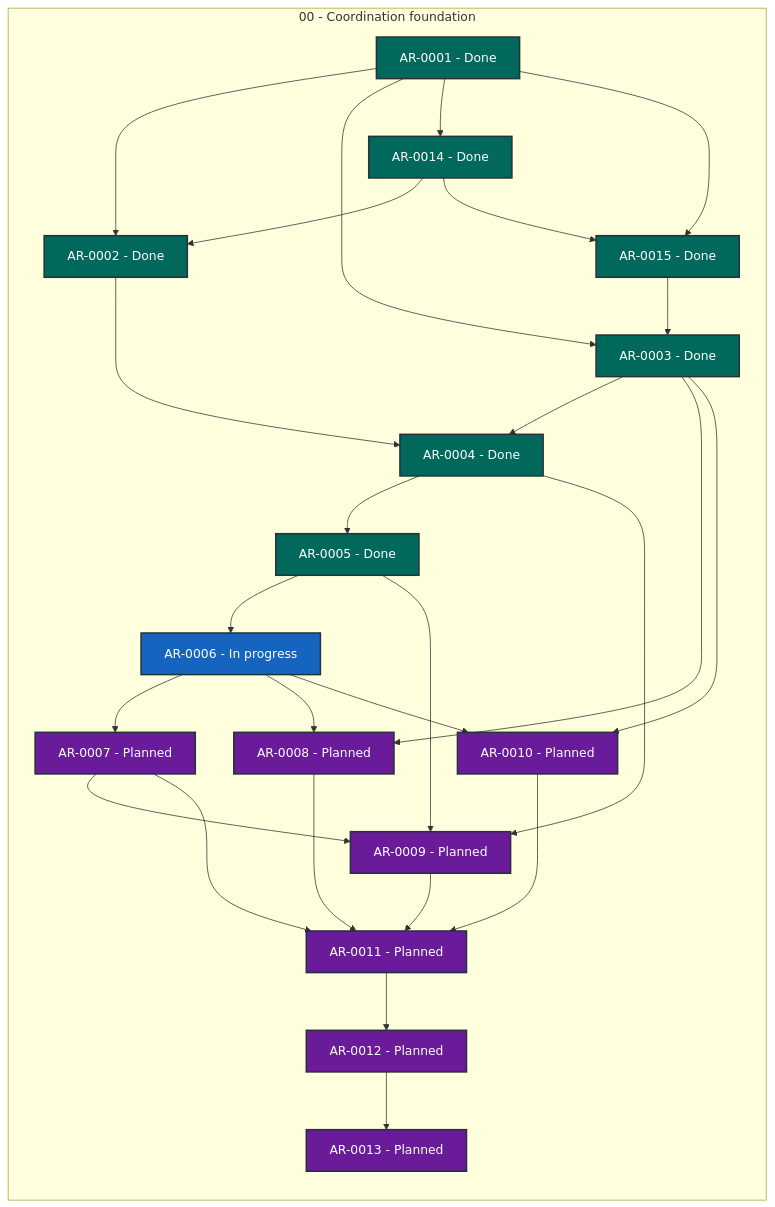
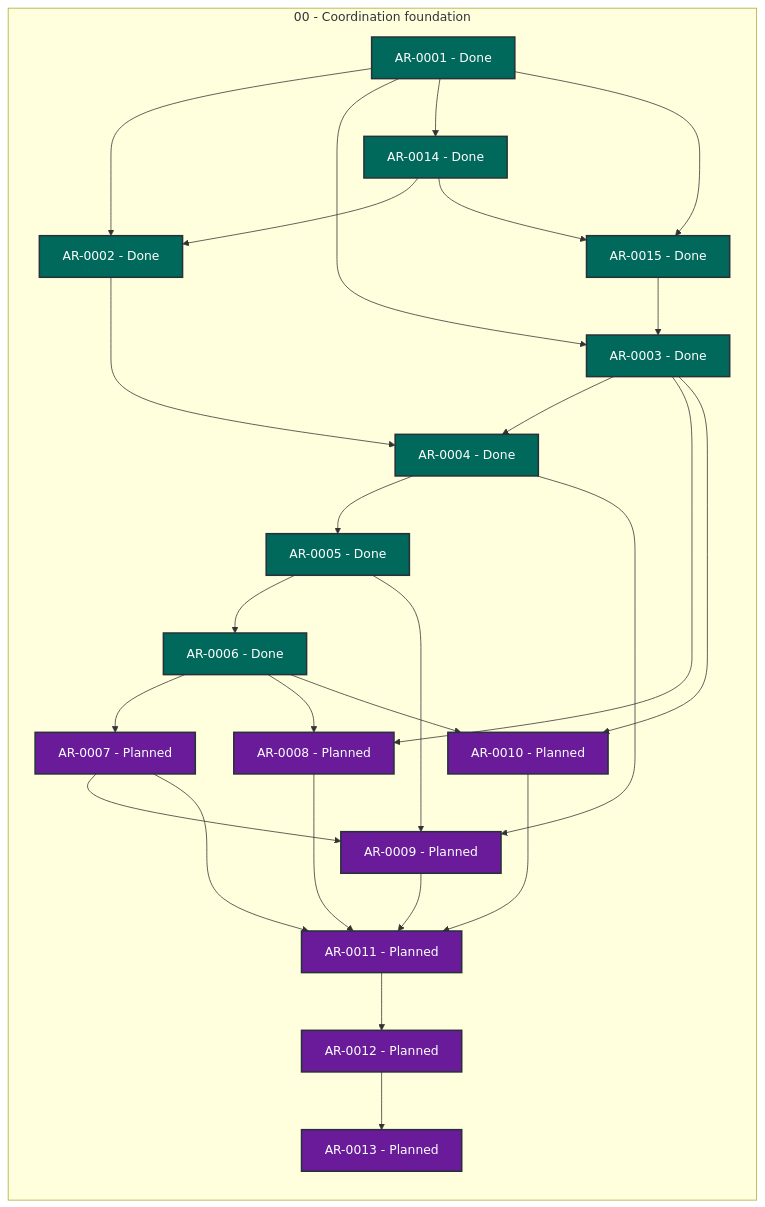
The diagram in STATUS.md (martin-beck/agent-workflow-tui-state), drawn with Mermaid before and after one commit. The commit also changed other lines of this file and 2 other files, not shown here.

````diff
--- a/STATUS.md
+++ b/STATUS.md
@@ -27,54 +27,54 @@
 ```mermaid
 flowchart LR
     subgraph series_00["00 - Coordination foundation"]
         direction TB
         AR_0001["AR-0001 - Done"]:::status_done
         AR_0002["AR-0002 - Done"]:::status_done
         AR_0003["AR-0003 - Done"]:::status_done
         AR_0004["AR-0004 - Done"]:::status_done
         AR_0005["AR-0005 - Done"]:::status_done
-        AR_0006["AR-0006 - In progress"]:::status_in_progress
+        AR_0006["AR-0006 - Done"]:::status_done
         AR_0007["AR-0007 - Planned"]:::status_planned
         AR_0008["AR-0008 - Planned"]:::status_planned
         AR_0009["AR-0009 - Planned"]:::status_planned
         AR_0010["AR-0010 - Planned"]:::status_planned
         AR_0011["AR-0011 - Planned"]:::status_planned
         AR_0012["AR-0012 - Planned"]:::status_planned
         AR_0013["AR-0013 - Planned"]:::status_planned
         AR_0014["AR-0014 - Done"]:::status_done
         AR_0015["AR-0015 - Done"]:::status_done
     end
     AR_0001 --> AR_0002
     AR_0001 --> AR_0003
     AR_0001 --> AR_0014
     AR_0001 --> AR_0015
     AR_0002 --> AR_0004
     AR_0003 --> AR_0004
     AR_0003 --> AR_0008
     AR_0003 --> AR_0010
     AR_0004 --> AR_0005
     AR_0004 --> AR_0009
     AR_0005 --> AR_0006
     AR_0005 --> AR_0009
     AR_0006 --> AR_0007
     AR_0006 --> AR_0008
     AR_0006 --> AR_0010
     AR_0007 --> AR_0009
     AR_0007 --> AR_0011
     AR_0008 --> AR_0011
     AR_0009 --> AR_0011
     AR_0010 --> AR_0011
     AR_0011 --> AR_0012
     AR_0012 --> AR_0013
     AR_0014 --> AR_0002
     AR_0014 --> AR_0015
     AR_0015 --> AR_0003
     classDef status_in_progress fill:#1565c0,color:#ffffff,stroke:#263238,stroke-width:2px
     classDef status_open fill:#2e7d32,color:#ffffff,stroke:#263238,stroke-width:2px
     classDef status_blocked fill:#c62828,color:#ffffff,stroke:#263238,stroke-width:2px
     classDef status_planned fill:#6a1b9a,color:#ffffff,stroke:#263238,stroke-width:2px
     classDef status_future fill:#455a64,color:#ffffff,stroke:#263238,stroke-width:2px
     classDef status_done fill:#00695c,color:#ffffff,stroke:#263238,stroke-width:2px
     classDef status_cancelled fill:#616161,color:#ffffff,stroke:#263238,stroke-width:2px
     classDef status_superseded fill:#5d4037,color:#ffffff,stroke:#263238,stroke-width:2px
 ```
````
